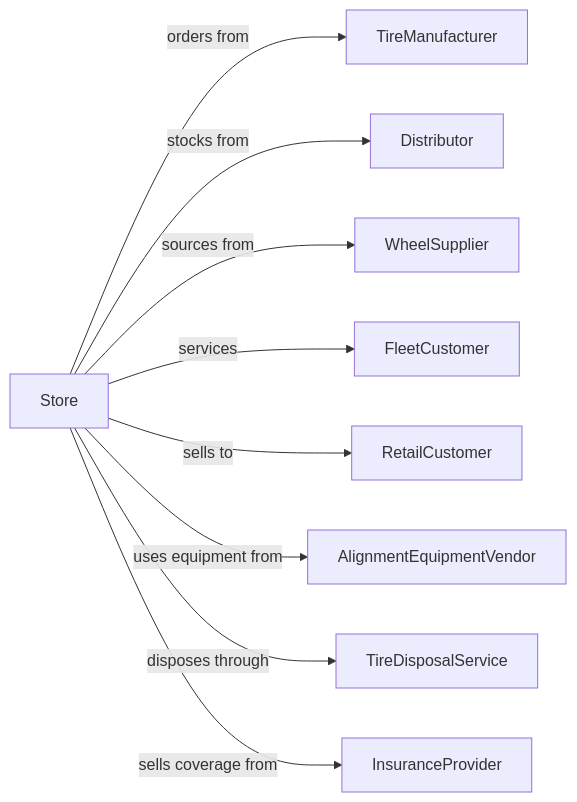
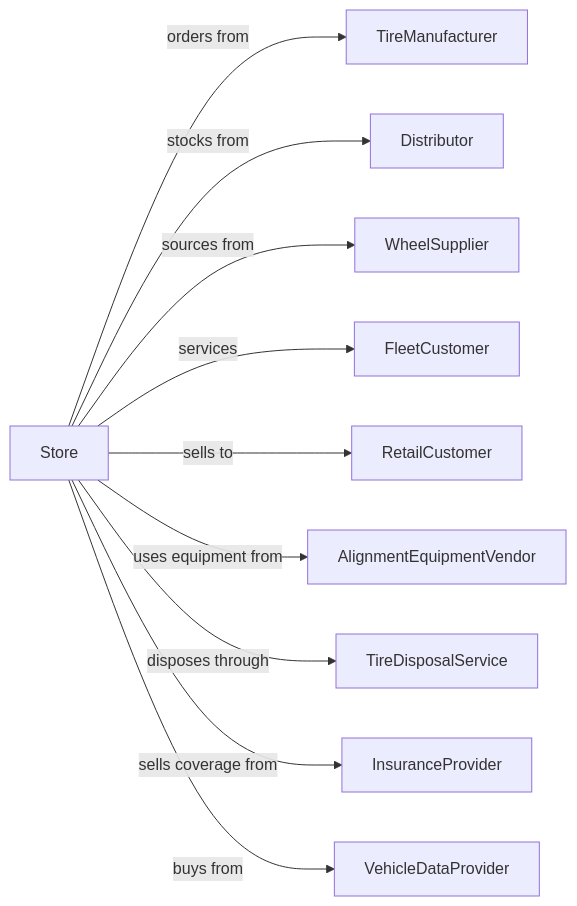
The second of 2 diagrams in RetailTrade/MotorVehicleAndPartsDealers/AutomotivePartsAccessoriesAndTireRetailers/TireDealers.mdx (dot-org-ai/industries.org.ai), drawn with Mermaid before and after one commit. The commit also changed 588 other files, not shown here.

````diff
--- a/RetailTrade/MotorVehicleAndPartsDealers/AutomotivePartsAccessoriesAndTireRetailers/TireDealers.mdx
+++ b/RetailTrade/MotorVehicleAndPartsDealers/AutomotivePartsAccessoriesAndTireRetailers/TireDealers.mdx
@@ -132,13 +132,14 @@
 ```mermaid
 graph LR
     S[Store]
 
     S -->|orders from| TireManufacturer
     S -->|stocks from| Distributor
     S -->|sources from| WheelSupplier
     S -->|services| FleetCustomer
     S -->|sells to| RetailCustomer
     S -->|uses equipment from| AlignmentEquipmentVendor
     S -->|disposes through| TireDisposalService
     S -->|sells coverage from| InsuranceProvider
+    S -->|buys from| VehicleDataProvider
 ```
````
